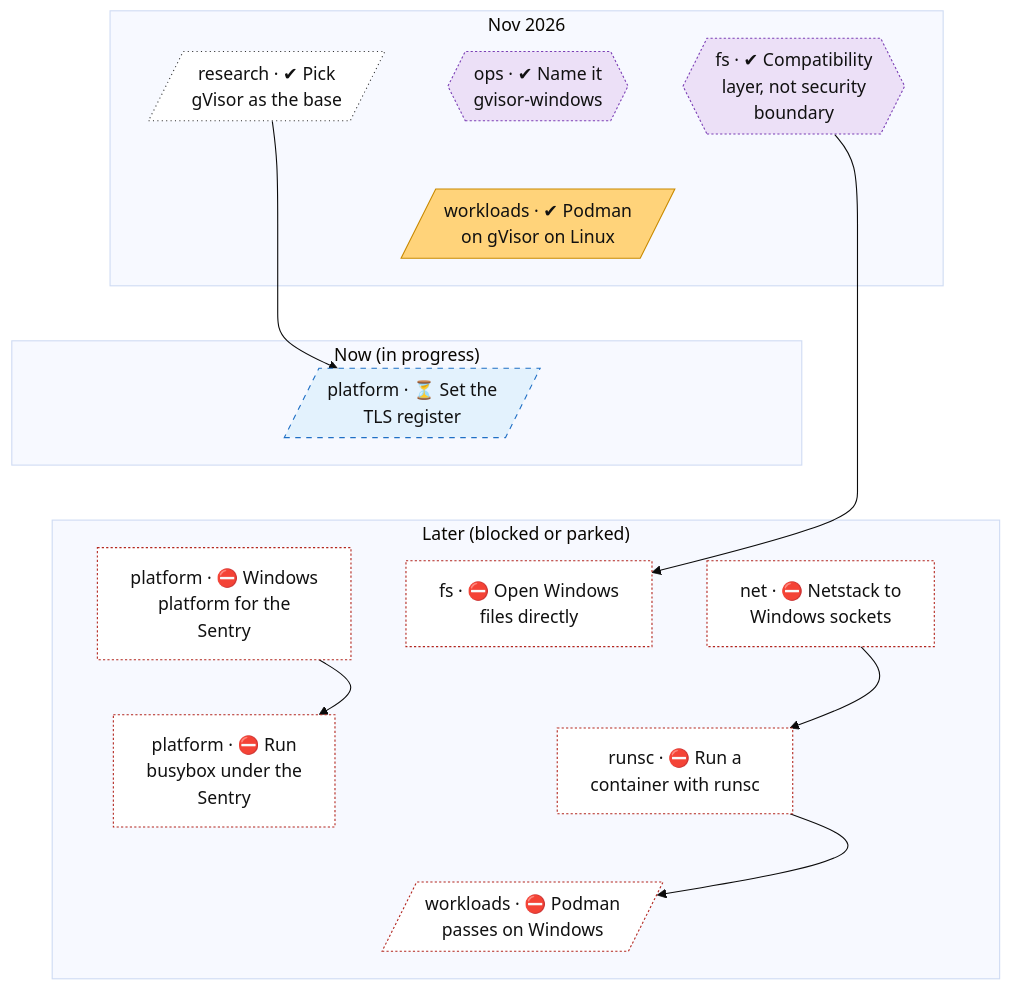
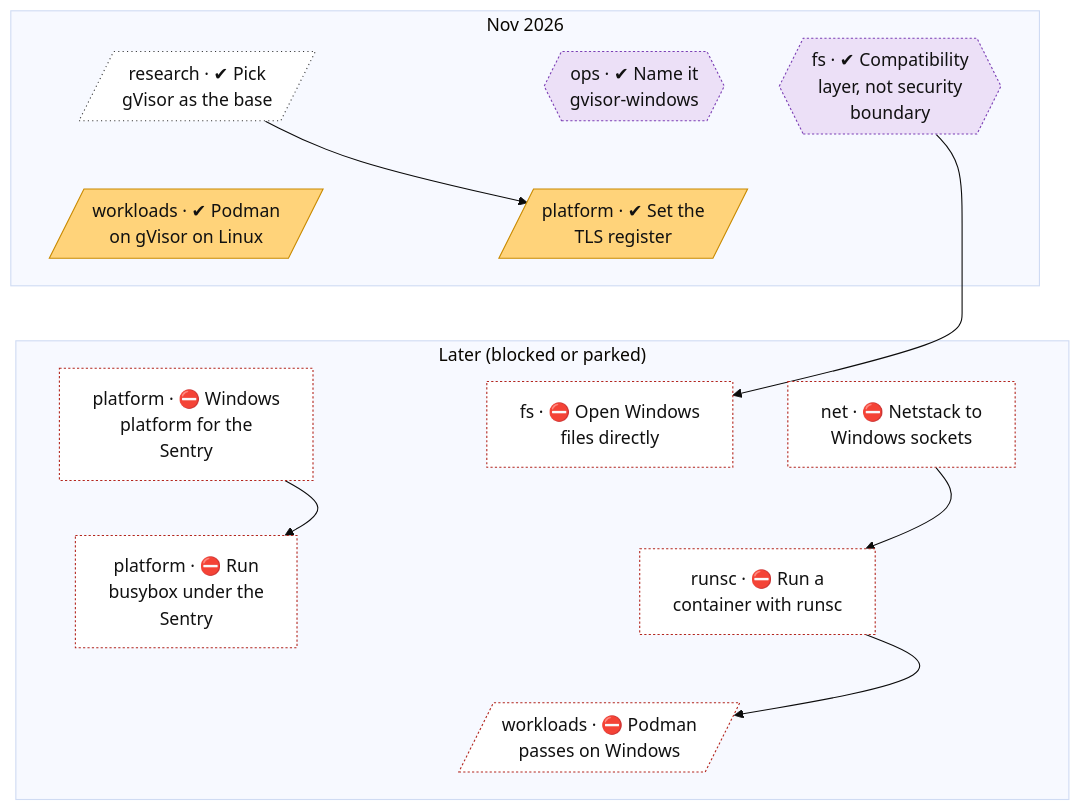
One commit to lhns/gvisor-windows changed the second of 2 diagrams in docs/roadmap.md. Above: the diagram before and after it, drawn with Mermaid (base theme). The commit also changed other lines of this file and 6 other files, not shown here.

````diff
--- a/docs/roadmap.md
+++ b/docs/roadmap.md
@@ -100,56 +100,52 @@
 ```mermaid
 flowchart TB
     subgraph bd_0["Nov 2026"]
         research_gvisor_base[/"research · ✔ Pick<br/>gVisor as the base"/]
         ops_name_and_fork{{"ops · ✔ Name it<br/>gvisor-windows"}}
         fs_compat_layer_not_boundary{{"fs · ✔ Compatibility<br/>layer, not security<br/>boundary"}}
         workloads_podman_on_gvisor_linux[/"workloads · ✔ Podman<br/>on gVisor on Linux"/]
+        platform_tls_register[/"platform · ✔ Set the<br/>TLS register"/]
     end
-    subgraph bd_1["Now (in progress)"]
-        platform_tls_register[/"platform · ⏳ Set the<br/>TLS register"/]
-    end
-    subgraph bd_2["Later (blocked or parked)"]
+    subgraph bd_1["Later (blocked or parked)"]
         platform_winstub["platform · ⛔ Windows<br/>platform for the<br/>Sentry"]
         fs_windows_directfs["fs · ⛔ Open Windows<br/>files directly"]
         net_netstack_windows_link["net · ⛔ Netstack to<br/>Windows sockets"]
         platform_busybox_on_windows["platform · ⛔ Run<br/>busybox under the<br/>Sentry"]
         runsc_container_on_windows["runsc · ⛔ Run a<br/>container with runsc"]
         workloads_podman_on_windows[/"workloads · ⛔ Podman<br/>passes on Windows"/]
     end
     research_gvisor_base ~~~ workloads_podman_on_gvisor_linux
-    ops_name_and_fork ~~~ workloads_podman_on_gvisor_linux
-    fs_compat_layer_not_boundary ~~~ workloads_podman_on_gvisor_linux
-    workloads_podman_on_gvisor_linux ~~~ platform_tls_register
-    platform_tls_register ~~~ platform_winstub
+    ops_name_and_fork ~~~ platform_tls_register
+    fs_compat_layer_not_boundary ~~~ platform_tls_register
+    workloads_podman_on_gvisor_linux ~~~ platform_winstub
     platform_tls_register ~~~ fs_windows_directfs
     platform_tls_register ~~~ net_netstack_windows_link
     platform_winstub ~~~ platform_busybox_on_windows
     fs_windows_directfs ~~~ runsc_container_on_windows
     net_netstack_windows_link ~~~ runsc_container_on_windows
     platform_busybox_on_windows ~~~ workloads_podman_on_windows
     runsc_container_on_windows ~~~ workloads_podman_on_windows
     research_gvisor_base --> platform_tls_register
     fs_compat_layer_not_boundary --> fs_windows_directfs
     platform_winstub --> platform_busybox_on_windows
     net_netstack_windows_link --> runsc_container_on_windows
     runsc_container_on_windows --> workloads_podman_on_windows
     classDef vsucc fill:#2e9e4f,stroke:#1b6b34,color:#fff
     classDef succ fill:#bfe8c8,stroke:#2e9e4f,color:#111
     classDef mixed fill:#ffd37a,stroke:#c98a00,color:#111
     classDef bad fill:#f28b82,stroke:#b3261e,color:#111
     classDef dead fill:#e6e6e6,stroke:#777,stroke-dasharray:5 5,color:#555
     classDef inprog fill:#a8cdf5,stroke:#1f6fc5,color:#111
     classDef next fill:#fff,stroke:#333,color:#111
     classDef blocked fill:#fff,stroke:#b3261e,stroke-dasharray:2 2,color:#111
     classDef parked fill:#f3f3f3,stroke:#999,color:#555
     classDef unrated fill:#fff,stroke:#333,stroke-dasharray:1 3,color:#111
     classDef gate fill:#d9c2f0,stroke:#7b3fb5,color:#111
     classDef decided fill:#ece0f7,stroke:#7b3fb5,stroke-dasharray:2 2,color:#111
     classDef finding fill:#ffe0b2,stroke:#d84315,stroke-width:2px,color:#111
     classDef waiting fill:#e3f2fd,stroke:#1f6fc5,stroke-dasharray:5 5,color:#111
     class research_gvisor_base unrated
     class ops_name_and_fork,fs_compat_layer_not_boundary decided
-    class workloads_podman_on_gvisor_linux mixed
-    class platform_tls_register waiting
+    class workloads_podman_on_gvisor_linux,platform_tls_register mixed
     class workloads_podman_on_windows,runsc_container_on_windows,platform_winstub,platform_busybox_on_windows,fs_windows_directfs,net_netstack_windows_link blocked
 ```
````
